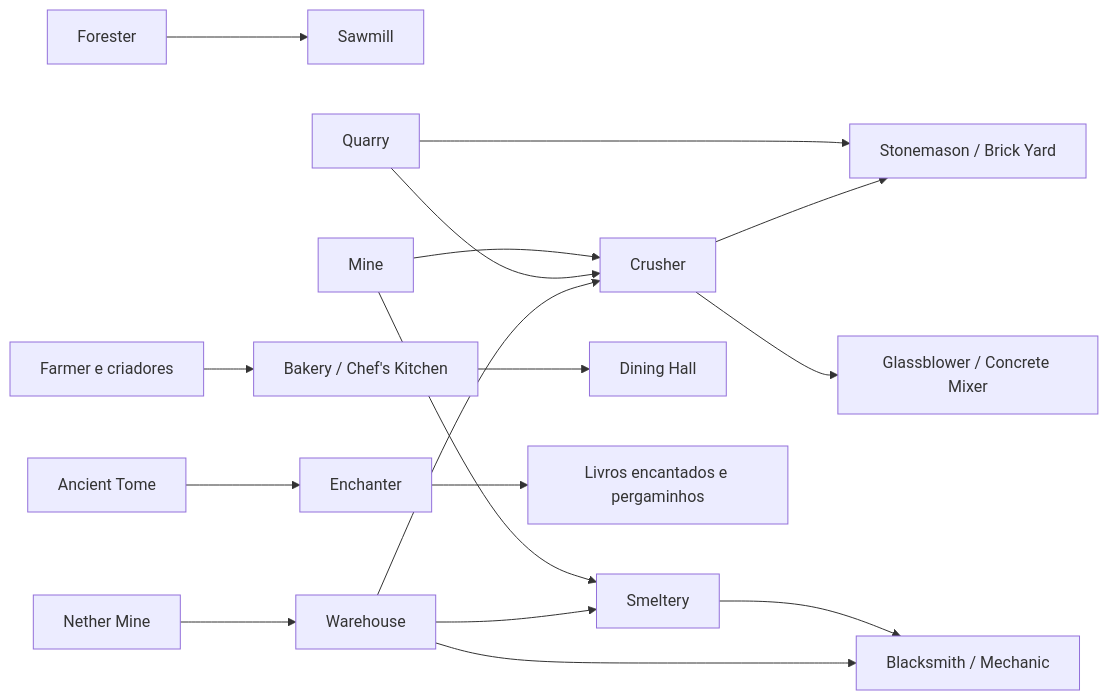
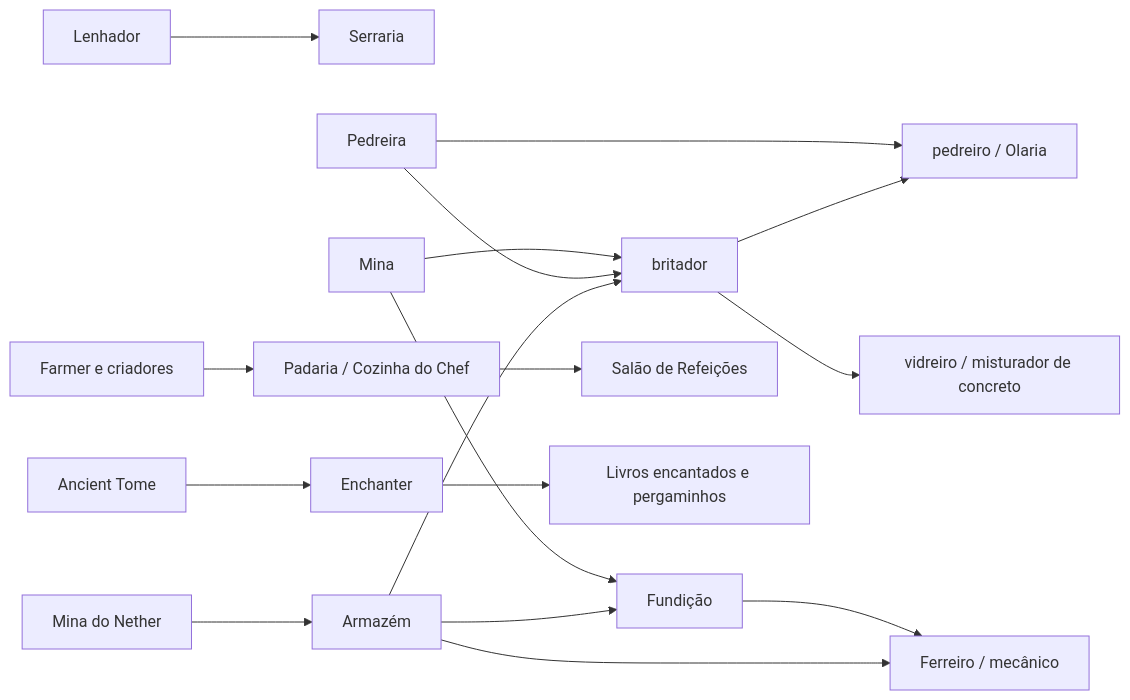
The diagram in content/06 - Recursos e Produção/Matriz de receitas e oficinas.md (addandias/minecolonies-vault), drawn with Mermaid before and after one commit. The commit also changed other lines of this file and 127 other files, not shown here.

````diff
--- a/content/06 - Recursos e Produção/Matriz de receitas e oficinas.md
+++ b/content/06 - Recursos e Produção/Matriz de receitas e oficinas.md
@@ -86,19 +86,19 @@
 ```mermaid
 flowchart LR
-    A["Forester"] --> B["Sawmill"]
-    C["Mine"] --> D["Crusher"]
-    C --> E["Smeltery"]
-    Q["Quarry"] --> D
+    A["Lenhador"] --> B["Serraria"]
+    C["Mina"] --> D["britador"]
+    C --> E["Fundição"]
+    Q["Pedreira"] --> D
     Q --> F
-    D --> F["Stonemason / Brick Yard"]
-    D --> G["Glassblower / Concrete Mixer"]
-    E --> H["Blacksmith / Mechanic"]
-    I["Farmer e criadores"] --> J["Bakery / Chef's Kitchen"]
-    J --> K["Dining Hall"]
+    D --> F["pedreiro / Olaria"]
+    D --> G["vidreiro / misturador de concreto"]
+    E --> H["Ferreiro / mecânico"]
+    I["Farmer e criadores"] --> J["Padaria / Cozinha do Chef"]
+    J --> K["Salão de Refeições"]
     L["Ancient Tome"] --> M["Enchanter"]
     M --> N["Livros encantados e pergaminhos"]
-    O["Nether Mine"] --> P["Warehouse"]
+    O["Mina do Nether"] --> P["Armazém"]
     P --> D
     P --> E
     P --> H
 ```
````
